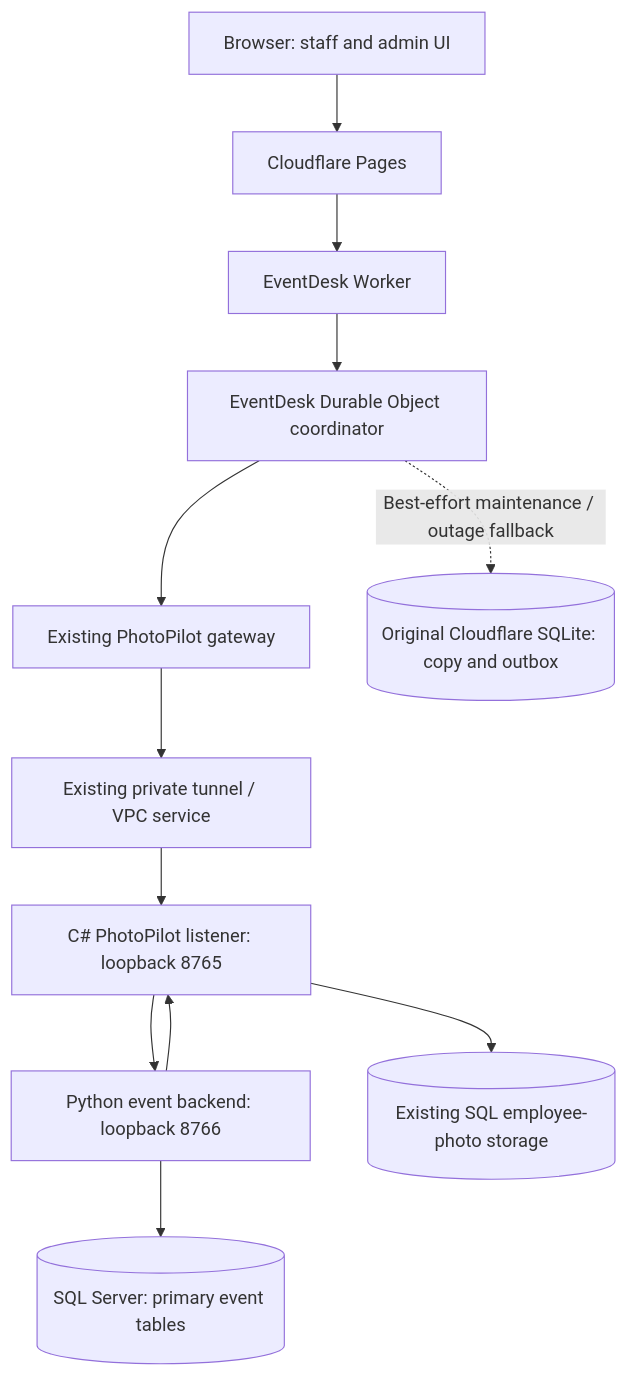
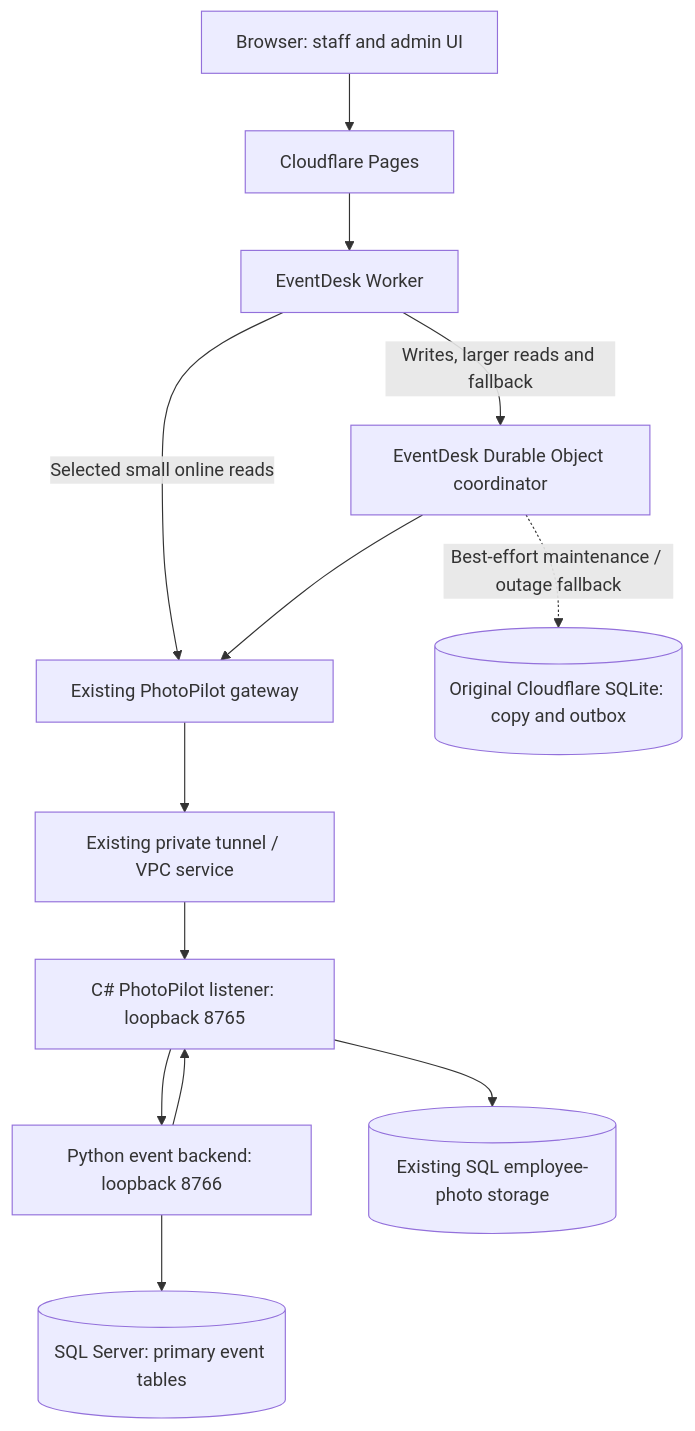
One commit to akwaa2545-gif/NewYearApp changed the first of 2 diagrams in cloudflare/SQL_FAILOVER.md. Above: the diagram before and after it, drawn with Mermaid. The commit also changed other lines of this file and 14 other files, not shown here.

````diff
--- a/cloudflare/SQL_FAILOVER.md
+++ b/cloudflare/SQL_FAILOVER.md
@@ -24,14 +24,15 @@
 ```mermaid
 flowchart TD
     Browser[Browser: staff and admin UI] --> Pages[Cloudflare Pages]
     Pages --> Worker[EventDesk Worker]
-    Worker --> Coordinator[EventDesk Durable Object coordinator]
+    Worker -->|Writes, larger reads and fallback| Coordinator[EventDesk Durable Object coordinator]
+    Worker -->|Selected small online reads| Gateway
     Coordinator --> Gateway[Existing PhotoPilot gateway]
     Gateway --> Tunnel[Existing private tunnel / VPC service]
     Tunnel --> Photo[C# PhotoPilot listener: loopback 8765]
     Photo --> Backend[Python event backend: loopback 8766]
     Backend --> SQL[(SQL Server: primary event tables)]
     Coordinator -. Best-effort maintenance / outage fallback .-> SQLite[(Original Cloudflare SQLite: copy and outbox)]
     Backend --> Photo
     Photo --> Photos[(Existing SQL employee-photo storage)]
 ```
````
